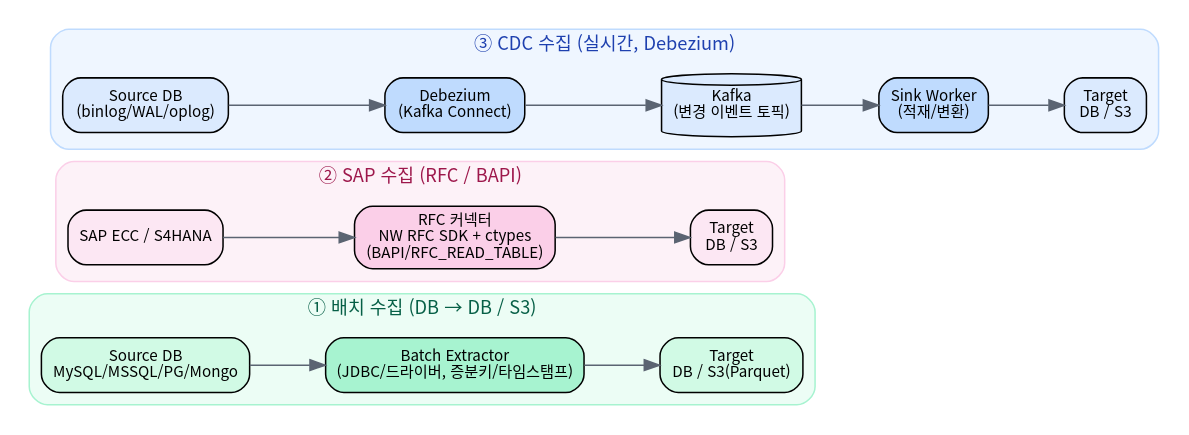
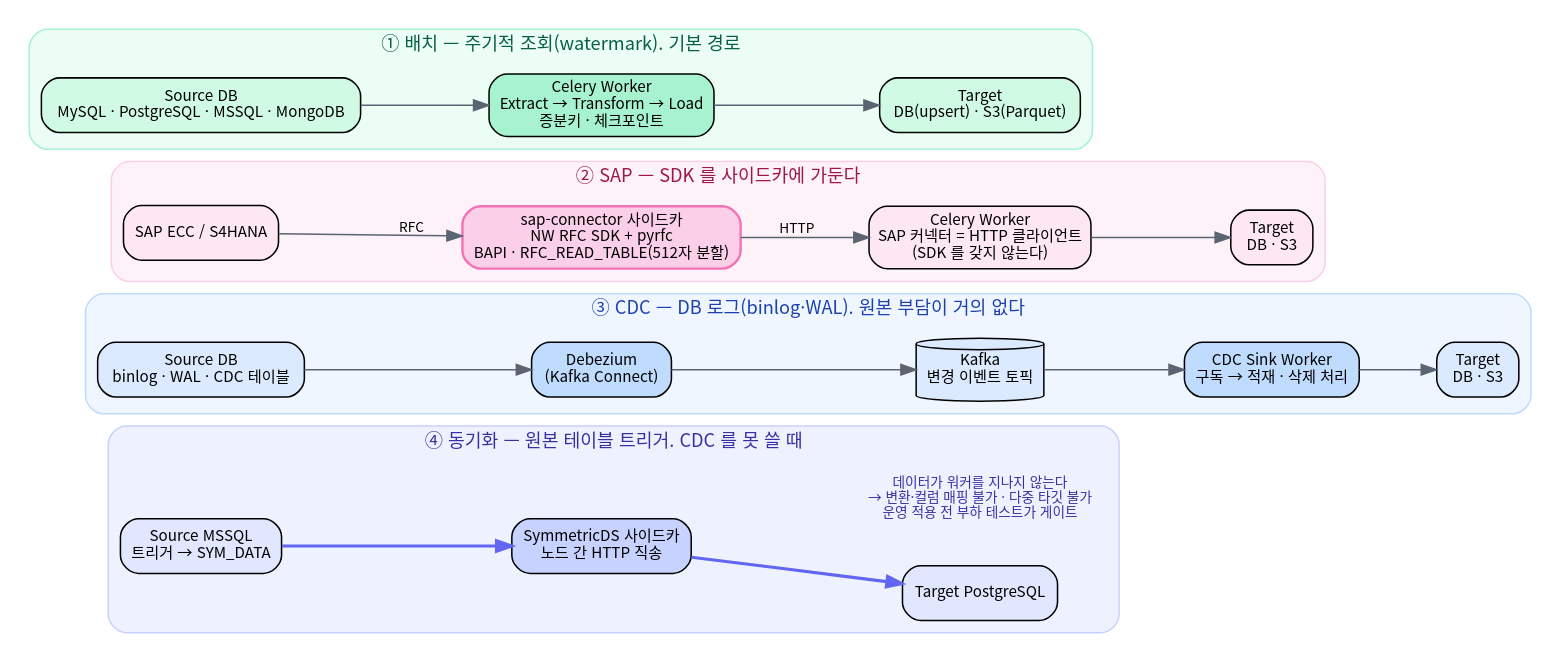
Before and after one commit to SurvivorsStudio/ditter: the diagram in docs/diagrams/d3_ingestion.dot, drawn with Graphviz. The commit also changed 12 other files, not shown here.

```diff
--- a/docs/diagrams/d3_ingestion.dot
+++ b/docs/diagrams/d3_ingestion.dot
@@ -1,32 +1,65 @@
+// 수집 경로 네 갈래 — **변경을 어떻게 잡아 어디로 옮기는가**.
+//
+// 기준을 제목에 박아 둔다. 예전 그림은 셋(배치·SAP·CDC)으로 갈랐는데 기준이 섞여 있었다 —
+// 배치·CDC 는 "어떻게 잡는가"이고 SAP 은 "무엇에서 읽는가"다. 그래서 SymmetricDS 가
+// 낄 자리가 없었다. ARCHITECTURE §6 의 표와 같은 기준으로 맞춘다.
+//
+// 두 가지를 눈에 보이게 그린다:
+//   1. SAP SDK 는 워커에 없다. 워커는 HTTP 로만 이야기하고 SDK 는 사이드카 안에만 있다
+//      (eai_connectors/sap_rfc.py 는 SAP 라이브러리를 한 줄도 임포트하지 않는다).
+//      예전 그림의 "NW RFC SDK + ctypes"는 이 저장소의 핵심 결정과 정반대였다.
+//   2. 동기화만 데이터가 **워커를 지나지 않는다.** 그래서 변환·컬럼 매핑이 불가능하다.
+//
+//
+// 클러스터를 ④③②① 순으로 선언한 이유: graphviz 가 rankdir=LR 에서 이 그래프를 선언
+// **역순**으로 쌓는다. 그림에서는 ①②③④ 로 읽혀야 하므로 소스에서 뒤집어 둔다.
+// 순서를 원래대로 되돌리면 그림에서 ④가 맨 위로 올라간다.
+//
+// 다시 그리기: docs/diagrams/README.md
+
 digraph G {
-  rankdir=LR; bgcolor="white";
-  node [fontname="Noto Sans CJK KR", fontsize=10, shape=box, style="rounded,filled"];
-  edge [fontname="Noto Sans CJK KR", fontsize=9, color="#5b6472"];
-  graph [fontname="Noto Sans CJK KR", fontsize=12, nodesep=0.35, ranksep=0.7, compound=true];
+  rankdir=LR; bgcolor="white"; compound=true;
+  node [fontname="Noto Sans CJK KR,Apple SD Gothic Neo", fontsize=10, shape=box, style="rounded,filled"];
+  edge [fontname="Noto Sans CJK KR,Apple SD Gothic Neo", fontsize=9, color="#5b6472"];
+  graph [fontname="Noto Sans CJK KR,Apple SD Gothic Neo", fontsize=12, nodesep=0.35, ranksep=0.7];
 
-  subgraph cluster_a {
-    label="① 배치 수집 (DB → DB / S3)"; style="rounded,filled"; fillcolor="#ecfdf5"; color="#a7f3d0"; fontcolor="#065f46"; fontname="Noto Sans CJK KR";
-    a_src [label="Source DB\nMySQL/MSSQL/PG/Mongo", fillcolor="#d1fae5"];
-    a_ext [label="Batch Extractor\n(JDBC/드라이버, 증분키/타임스탬프)", fillcolor="#a7f3d0"];
-    a_tgt [label="Target\nDB / S3(Parquet)", fillcolor="#d1fae5"];
-    a_src -> a_ext -> a_tgt;
+  subgraph cluster_d {
+    label="④ 동기화 — 원본 테이블 트리거. CDC 를 못 쓸 때"; style="rounded,filled"; fillcolor="#eef2ff"; color="#c7d2fe"; fontcolor="#3730a3"; fontname="Noto Sans CJK KR,Apple SD Gothic Neo";
+    d_src [label="Source MSSQL\n트리거 → SYM_DATA", fillcolor="#e0e7ff"];
+    d_sym [label="SymmetricDS 사이드카\n노드 간 HTTP 직송", fillcolor="#c7d2fe"];
+    d_tgt [label="Target PostgreSQL", fillcolor="#e0e7ff"];
+    d_src -> d_sym -> d_tgt [style=bold, color="#6366f1"];
+    d_note [shape=plaintext, style="", fontsize=9, fontcolor="#3730a3",
+            label="데이터가 워커를 지나지 않는다\n→ 변환·컬럼 매핑 불가 · 다중 타깃 불가\n운영 적용 전 부하 테스트가 게이트"];
+    d_sym -> d_note [style=invis];
+  }
+
+  subgraph cluster_c {
+    label="③ CDC — DB 로그(binlog·WAL). 원본 부담이 거의 없다"; style="rounded,filled"; fillcolor="#eff6ff"; color="#bfdbfe"; fontcolor="#1e40af"; fontname="Noto Sans CJK KR,Apple SD Gothic Neo";
+    c_src  [label="Source DB\nbinlog · WAL · CDC 테이블", fillcolor="#dbeafe"];
+    c_dbz  [label="Debezium\n(Kafka Connect)", fillcolor="#bfdbfe"];
+    c_k    [label="Kafka\n변경 이벤트 토픽", shape=cylinder, fillcolor="#dbeafe"];
+    c_sink [label="CDC Sink Worker\n구독 → 적재 · 삭제 처리", fillcolor="#bfdbfe"];
+    c_tgt  [label="Target\nDB · S3", fillcolor="#dbeafe"];
+    c_src -> c_dbz -> c_k -> c_sink -> c_tgt;
   }
 
   subgraph cluster_b {
-    label="② SAP 수집 (RFC / BAPI)"; style="rounded,filled"; fillcolor="#fdf2f8"; color="#fbcfe8"; fontcolor="#9d174b"; fontname="Noto Sans CJK KR";
-    b_src [label="SAP ECC / S4HANA", fillcolor="#fce7f3"];
-    b_rfc [label="RFC 커넥터\nNW RFC SDK + ctypes\n(BAPI/RFC_READ_TABLE)", fillcolor="#fbcfe8"];
-    b_tgt [label="Target\nDB / S3", fillcolor="#fce7f3"];
-    b_src -> b_rfc -> b_tgt;
+    label="② SAP — SDK 를 사이드카에 가둔다"; style="rounded,filled"; fillcolor="#fdf2f8"; color="#fbcfe8"; fontcolor="#9d174b"; fontname="Noto Sans CJK KR,Apple SD Gothic Neo";
+    b_src  [label="SAP ECC / S4HANA", fillcolor="#fce7f3"];
+    b_side [label="sap-connector 사이드카\nNW RFC SDK + pyrfc\nBAPI · RFC_READ_TABLE(512자 분할)", fillcolor="#fbcfe8", penwidth=1.6, color="#f472b6"];
+    b_w    [label="Celery Worker\nSAP 커넥터 = HTTP 클라이언트\n(SDK 를 갖지 않는다)", fillcolor="#fce7f3"];
+    b_tgt  [label="Target\nDB · S3", fillcolor="#fce7f3"];
+    b_src -> b_side [label="RFC"];
+    b_side -> b_w [label="HTTP"];
+    b_w -> b_tgt;
   }
 
-  subgraph cluster_c {
-    label="③ CDC 수집 (실시간, Debezium)"; style="rounded,filled"; fillcolor="#eff6ff"; color="#bfdbfe"; fontcolor="#1e40af"; fontname="Noto Sans CJK KR";
-    c_src [label="Source DB\n(binlog/WAL/oplog)", fillcolor="#dbeafe"];
-    c_dbz [label="Debezium\n(Kafka Connect)", fillcolor="#bfdbfe"];
-    c_k [label="Kafka\n(변경 이벤트 토픽)", shape=cylinder, fillcolor="#dbeafe"];
-    c_sink [label="Sink Worker\n(적재/변환)", fillcolor="#bfdbfe"];
-    c_tgt [label="Target\nDB / S3", fillcolor="#dbeafe"];
-    c_src -> c_dbz -> c_k -> c_sink -> c_tgt;
+  subgraph cluster_a {
+    label="① 배치 — 주기적 조회(watermark). 기본 경로"; style="rounded,filled"; fillcolor="#ecfdf5"; color="#a7f3d0"; fontcolor="#065f46"; fontname="Noto Sans CJK KR,Apple SD Gothic Neo";
+    a_src [label="Source DB\nMySQL · PostgreSQL · MSSQL · MongoDB", fillcolor="#d1fae5"];
+    a_w   [label="Celery Worker\nExtract → Transform → Load\n증분키 · 체크포인트", fillcolor="#a7f3d0"];
+    a_tgt [label="Target\nDB(upsert) · S3(Parquet)", fillcolor="#d1fae5"];
+    a_src -> a_w -> a_tgt;
   }
 }
```
